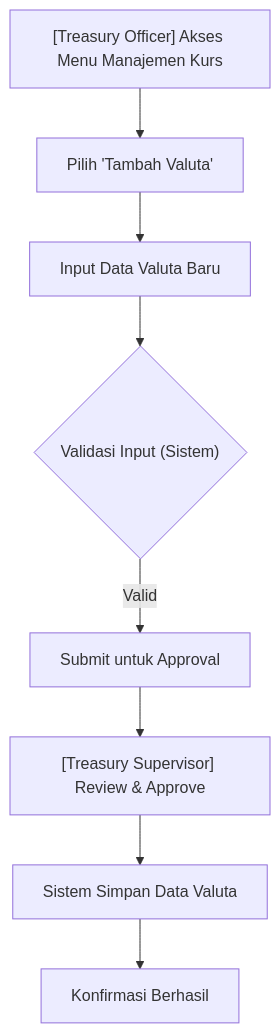
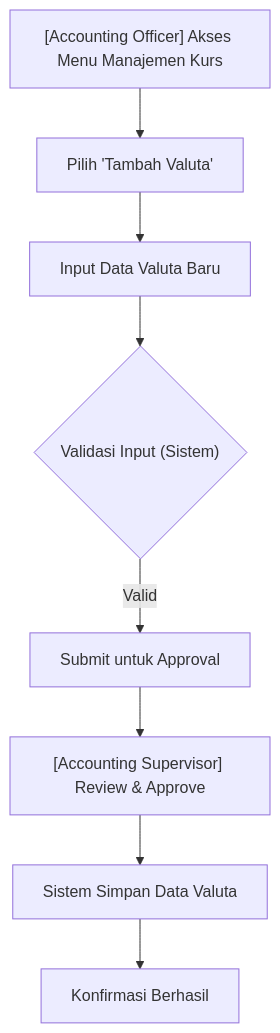
One commit to wisnu/ibank-docs changed the second of 9 diagrams in docs/bcas/saku_valas/fsd_sakuvalas.md. Above: the diagram before and after it, drawn with Mermaid. The commit also changed other lines of this file, not shown here.

````diff
--- a/docs/bcas/saku_valas/fsd_sakuvalas.md
+++ b/docs/bcas/saku_valas/fsd_sakuvalas.md
@@ -205,10 +207,10 @@
 ```mermaid
 flowchart TD
-    A["[Treasury Officer] Akses Menu Manajemen Kurs"] --> B["Pilih 'Tambah Valuta'"]
+    A["[Accounting Officer] Akses Menu Manajemen Kurs"] --> B["Pilih 'Tambah Valuta'"]
     B --> C["Input Data Valuta Baru"]
     C --> D{"Validasi Input (Sistem)"}
     D -->|Valid| E["Submit untuk Approval"]
-    E --> F["[Treasury Supervisor] Review & Approve"]
+    E --> F["[Accounting Supervisor] Review & Approve"]
     F --> G["Sistem Simpan Data Valuta"]
     G --> H["Konfirmasi Berhasil"]
 ```
````
